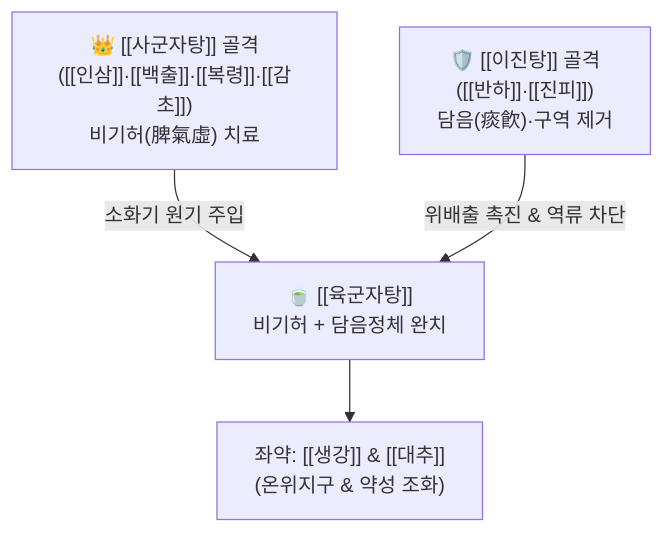
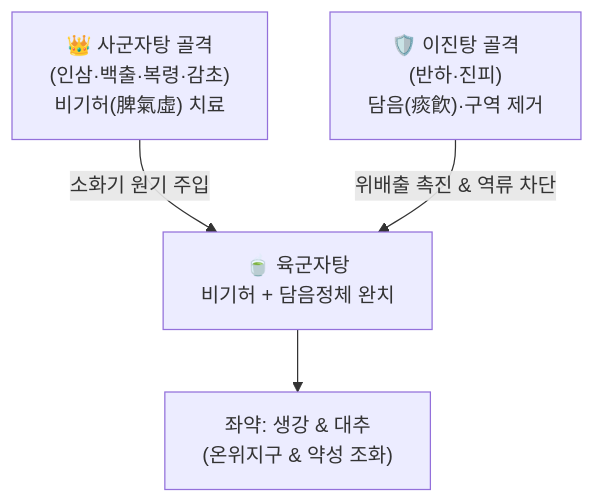
Before and after one commit to simbio11/simbio-digital-garden2: the diagram in content/2. 약리 공부/처방/02_보익제/육군자탕.md, drawn with Mermaid. The commit also changed other lines of this file and 323 other files, not shown here.

````diff
--- a/content/2. 약리 공부/처방/02_보익제/육군자탕.md
+++ b/content/2. 약리 공부/처방/02_보익제/육군자탕.md
@@ -52,6 +54,6 @@
 ```mermaid
 graph TD
-    SJZ["👑 [[사군자탕]] 골격<br>([[인삼]]·[[백출]]·[[복령]]·[[감초]])<br>비기허(脾氣虛) 치료"] -->|소화기 원기 주입| TOTAL["🍵 [[육군자탕]]<br>비기허 + 담음정체 완치"]
-    EJT["🛡️ [[이진탕]] 골격<br>([[반하]]·[[진피]])<br>담음(痰飮)·구역 제거"] -->|위배출 촉진 & 역류 차단| TOTAL
-    TOTAL --> SGDZ["좌약: [[생강]] & [[대추]]<br>(온위지구 & 약성 조화)"]
+    SJZ["👑 사군자탕 골격<br>(인삼·백출·복령·감초)<br>비기허(脾氣虛) 치료"] -->|소화기 원기 주입| TOTAL["🍵 육군자탕<br>비기허 + 담음정체 완치"]
+    EJT["🛡️ 이진탕 골격<br>(반하·진피)<br>담음(痰飮)·구역 제거"] -->|위배출 촉진 & 역류 차단| TOTAL
+    TOTAL --> SGDZ["좌약: 생강 & 대추<br>(온위지구 & 약성 조화)"]
 ```
````
